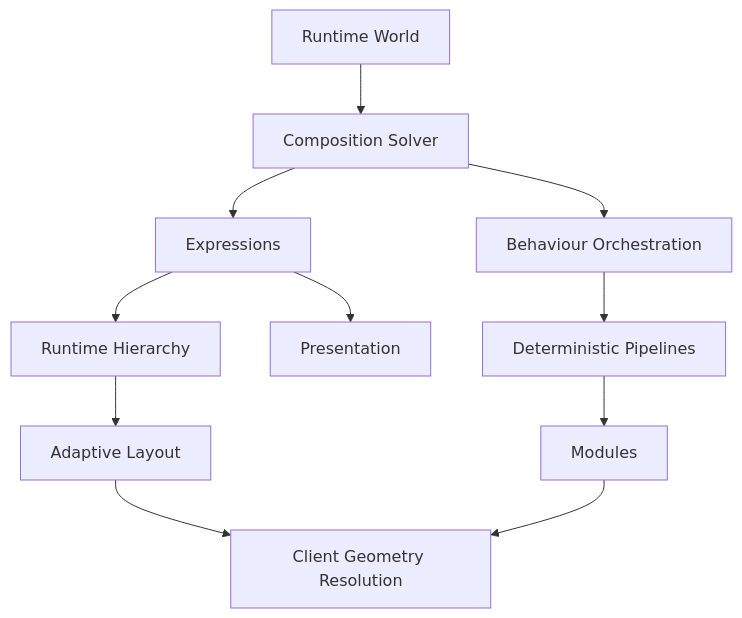
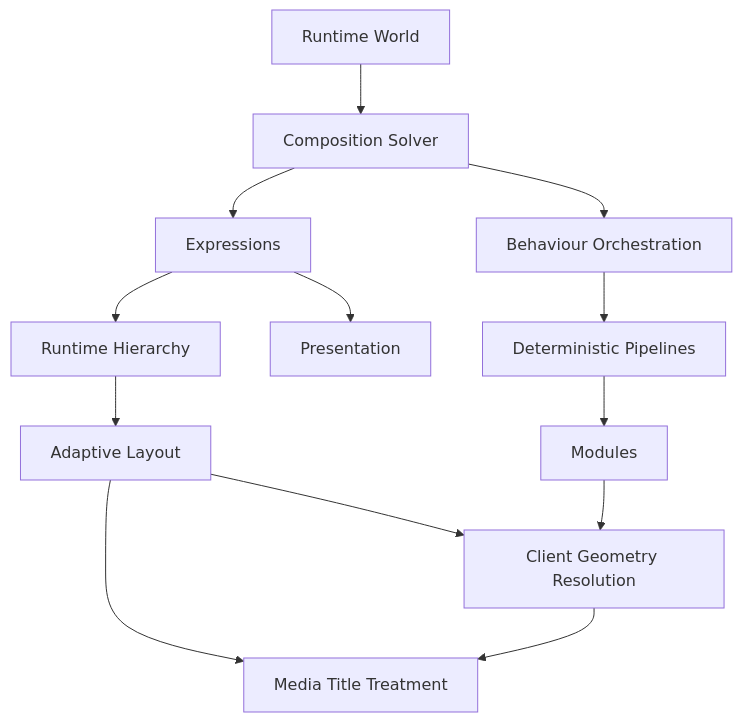
Before and after one commit to mosaic-media/architecture: the diagram in docs/design/system/mds-006-composition-engine/12-adrs.md, drawn with Mermaid. The commit also changed other lines of this file and 2 other files, not shown here.

Commit message:
docs(mds-006): govern spatial rhythm and media titles

````diff
--- a/docs/design/system/mds-006-composition-engine/12-adrs.md
+++ b/docs/design/system/mds-006-composition-engine/12-adrs.md
@@ -299,34 +333,38 @@
 ```mermaid
 flowchart TD
 
 ADR154["Runtime World"]
 
 ADR155["Composition Solver"]
 
 ADR156["Expressions"]
 
 ADR157["Runtime Hierarchy"]
 
 ADR158["Behaviour Orchestration"]
 
 ADR159["Presentation"]
 
 ADR160["Adaptive Layout"]
 
 ADR161["Deterministic Pipelines"]
 
 ADR162["Modules"]
 
 ADR163["Client Geometry Resolution"]
 
+ADR164["Media Title Treatment"]
+
 ADR154 --> ADR155
 ADR155 --> ADR156
 ADR156 --> ADR157
 ADR157 --> ADR160
 ADR155 --> ADR158
 ADR158 --> ADR161
 ADR156 --> ADR159
 ADR161 --> ADR162
 ADR160 --> ADR163
 ADR162 --> ADR163
+ADR160 --> ADR164
+ADR163 --> ADR164
 ```
````
